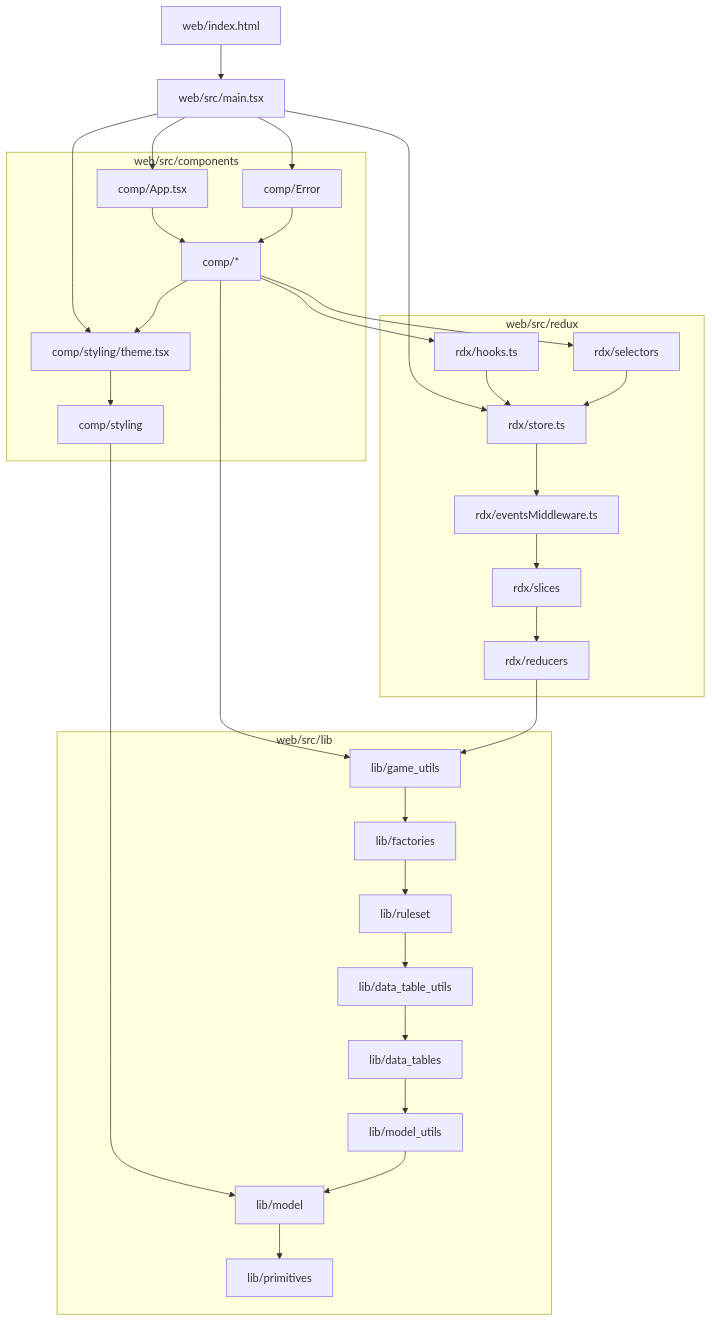
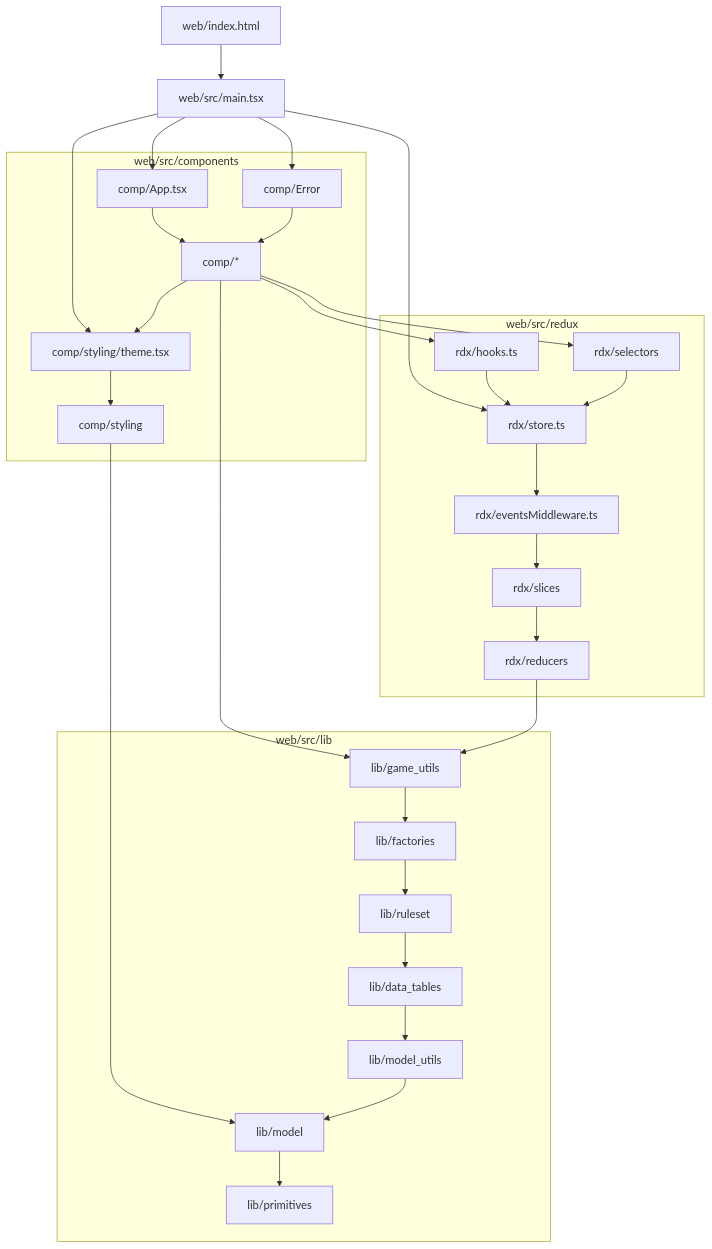
Before and after one commit to konrad-jamrozik/game-ts: the first of 3 diagrams in docs/design/about_code_dependencies.md, drawn with Mermaid. The commit also changed 28 other files, not shown here.

First line of the commit message:
Refactor: Move data_table_utils to model_utils and update dependencies

````diff
--- a/docs/design/about_code_dependencies.md
+++ b/docs/design/about_code_dependencies.md
@@ -47,58 +47,56 @@
 ```mermaid
 graph TD
     IndexH[web/index.html] --> MainTs[web/src/main.tsx]
 
     subgraph "web/src/components"
         CompApp[comp/App.tsx]
         CompTheme[comp/styling/theme.tsx]
         CompErr[comp/Error]
         Comp__[comp/*]
         CompSt[comp/styling]
     end
 
     subgraph "web/src/redux"
         RdxHook[rdx/hooks.ts]
         RdxStore[rdx/store.ts]
         RdxSel[rdx/selectors]
         RdxMid[rdx/eventsMiddleware.ts]
         RdxSli[rdx/slices]
         RdxRed[rdx/reducers]
     end
 
     subgraph "web/src/lib"
         LibGam[lib/game_utils]
         LibFac[lib/factories]
         LibRul[lib/ruleset]
-        LibDataTUtils[lib/data_table_utils]
         LibDataT[lib/data_tables]
         LibMUt[lib/model_utils]
         LibMod[lib/model]
         LibPri[lib/primitives]
     end
 
     MainTs --> CompApp
     MainTs --> CompTheme
     MainTs --> CompErr
     MainTs --> RdxStore
     CompTheme --> CompSt
     CompApp --> Comp__
     CompErr --> Comp__
     Comp__ --> RdxHook
     Comp__ --> RdxSel
     Comp__ --> CompTheme
     Comp__ --> LibGam
     CompSt --> LibMod
     RdxStore --> RdxMid
     RdxMid --> RdxSli
     RdxSli --> RdxRed
     RdxRed --> LibGam
     RdxHook --> RdxStore
     RdxSel --> RdxStore
     LibGam --> LibFac
     LibFac --> LibRul
-    LibRul --> LibDataTUtils
-    LibDataTUtils --> LibDataT
+    LibRul --> LibDataT
     LibDataT --> LibMUt
     LibMUt --> LibMod
     LibMod --> LibPri
 ```
````
